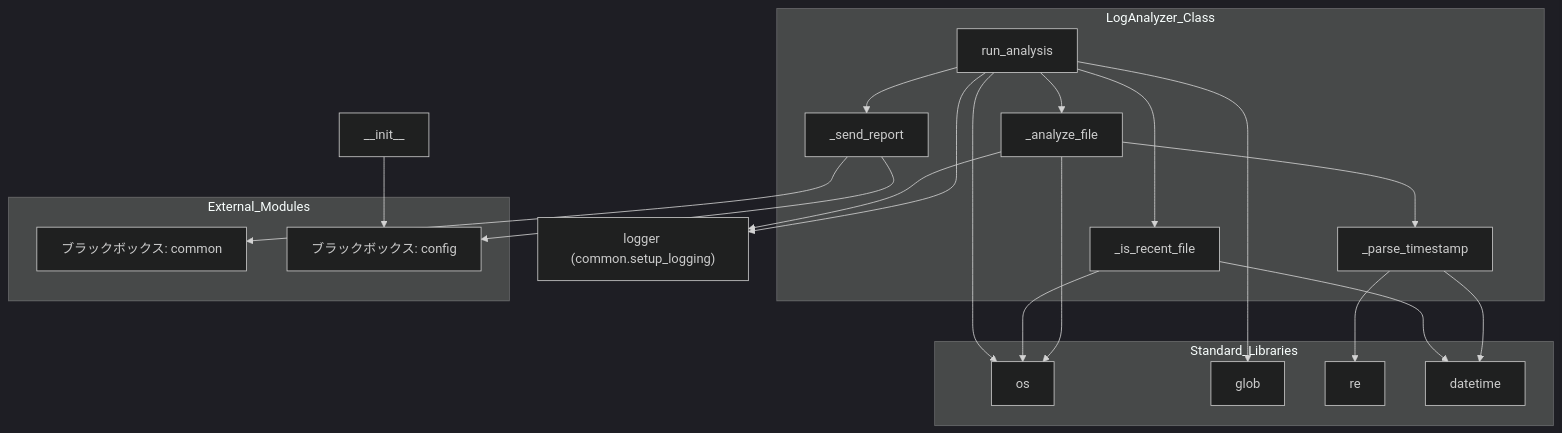
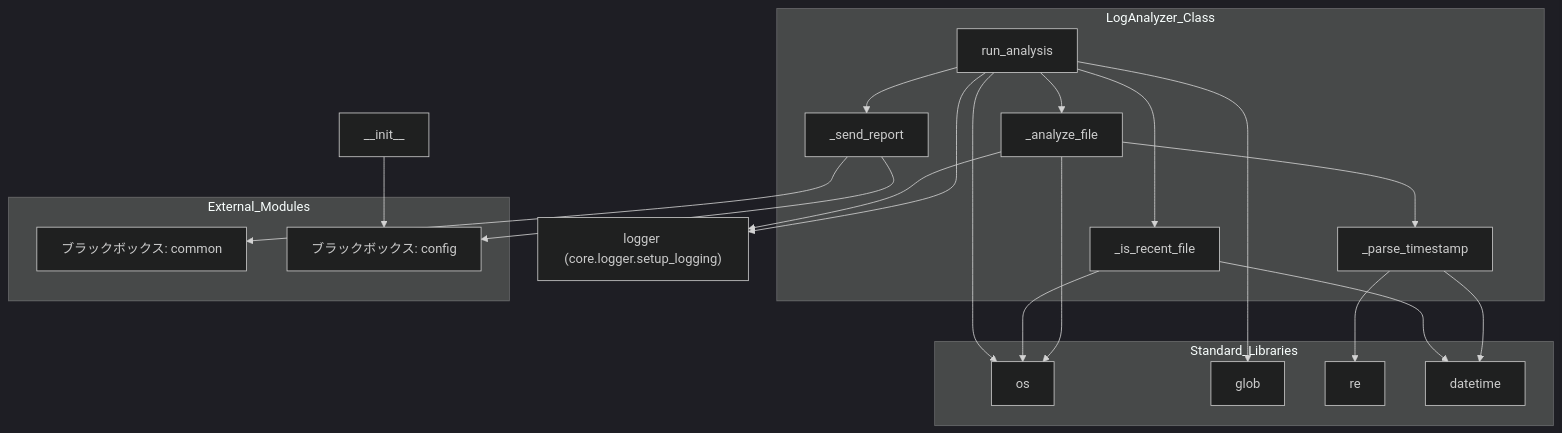
Before and after one commit to mmtigers/my_python_project: the second of 2 diagrams in docs/specifications/MY_HOME_SYSTEM/log_analyzer.md, drawn with Mermaid (dark theme). The commit also changed other lines of this file and 91 other files, not shown here.

````diff
--- a/docs/specifications/MY_HOME_SYSTEM/log_analyzer.md
+++ b/docs/specifications/MY_HOME_SYSTEM/log_analyzer.md
@@ -259,36 +260,36 @@
 ```mermaid
 graph TD
     subgraph LogAnalyzer_Class
         run_analysis --> _is_recent_file
         run_analysis --> _analyze_file
         run_analysis --> _send_report
         _analyze_file --> _parse_timestamp
     end
 
     subgraph External_Modules
         common["ブラックボックス: common"]
         config["ブラックボックス: config"]
     end
 
     subgraph Standard_Libraries
         os
         glob
         re
         datetime
     end
 
     run_analysis --> glob
     run_analysis --> os
     _is_recent_file --> os
     _is_recent_file --> datetime
     _parse_timestamp --> re
     _parse_timestamp --> datetime
     _analyze_file --> os
 
     __init__ --> config
     _send_report --> config
     _send_report --> common
-    _analyze_file --> logger["logger (common.setup_logging)"]
+    _analyze_file --> logger["logger (core.logger.setup_logging)"]
     run_analysis --> logger
 
 ```
````
